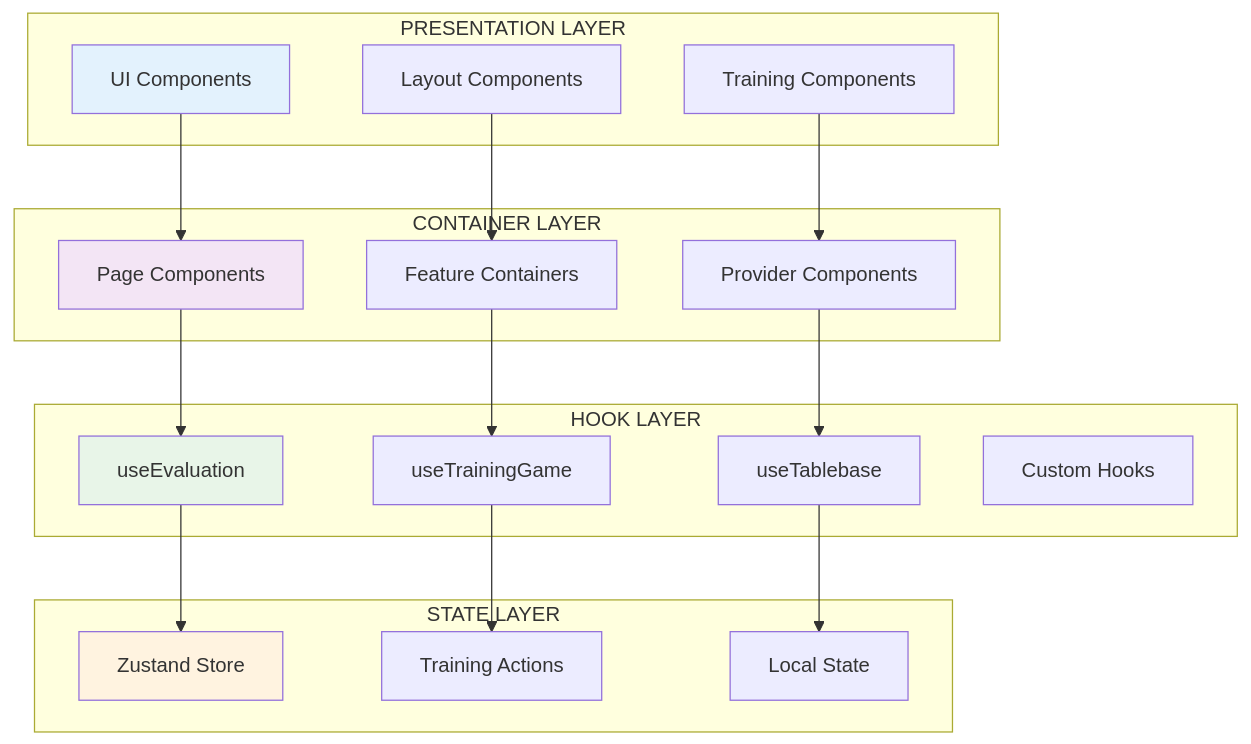
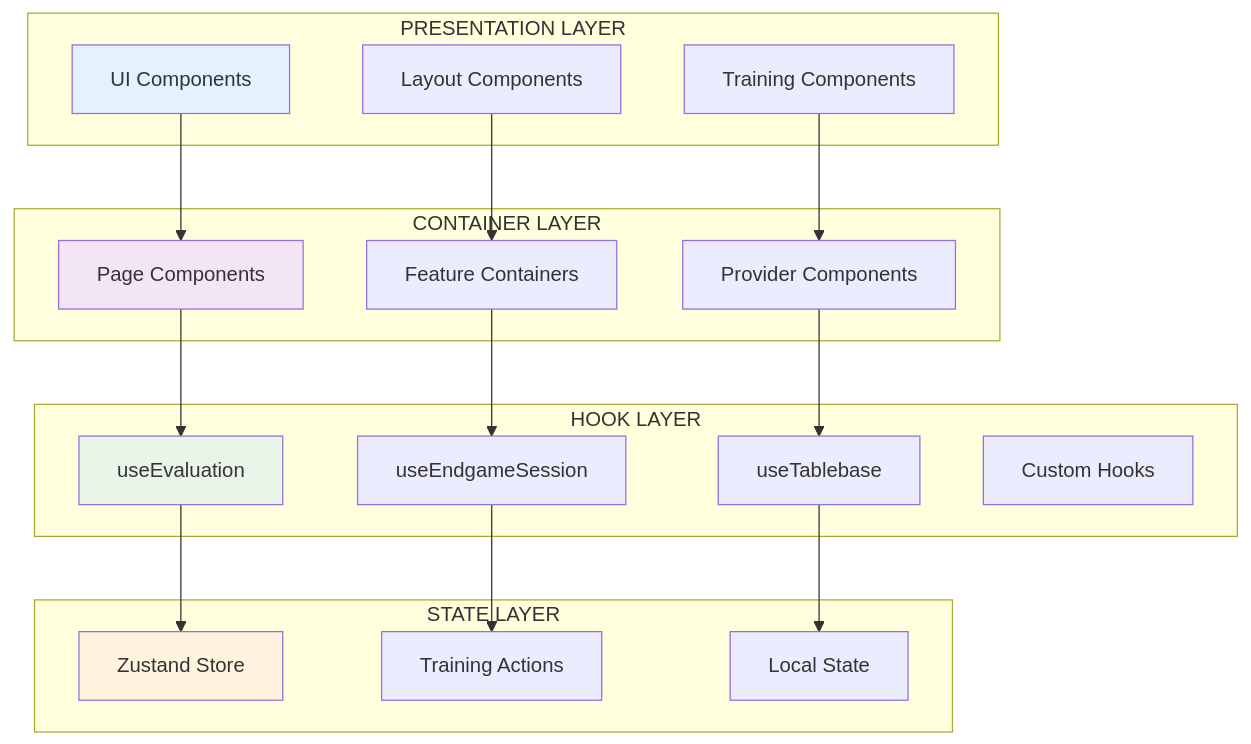
The diagram in docs/patterns/REACT_PATTERNS.md (thehugegatsby/ChessEndgameTrainer), drawn with Mermaid before and after one commit. The commit also changed other lines of this file and 22 other files, not shown here.

````diff
--- a/docs/patterns/REACT_PATTERNS.md
+++ b/docs/patterns/REACT_PATTERNS.md
@@ -11,42 +11,42 @@
 ```mermaid
 graph TB
     subgraph "PRESENTATION LAYER"
         A[UI Components]
         B[Layout Components]
         C[Training Components]
     end
 
     subgraph "CONTAINER LAYER"
         D[Page Components]
         E[Feature Containers]
         F[Provider Components]
     end
 
     subgraph "HOOK LAYER"
         G[useEvaluation]
-        H[useTrainingGame]
+        H[useEndgameSession]
         I[useTablebase]
         J[Custom Hooks]
     end
 
     subgraph "STATE LAYER"
         K[Zustand Store]
         L[Training Actions]
         M[Local State]
     end
 
     A --> D
     B --> E
     C --> F
     D --> G
     E --> H
     F --> I
     G --> K
     H --> L
     I --> M
 
     style A fill:#e3f2fd
     style D fill:#f3e5f5
     style G fill:#e8f5e8
     style K fill:#fff3e0
 ```
````
